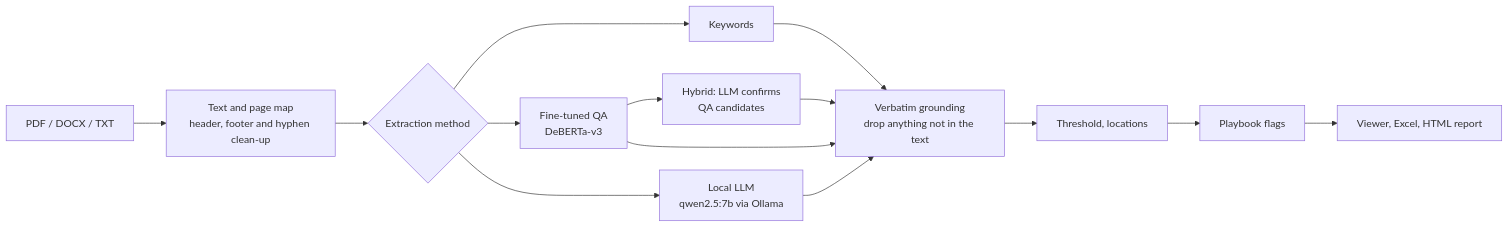
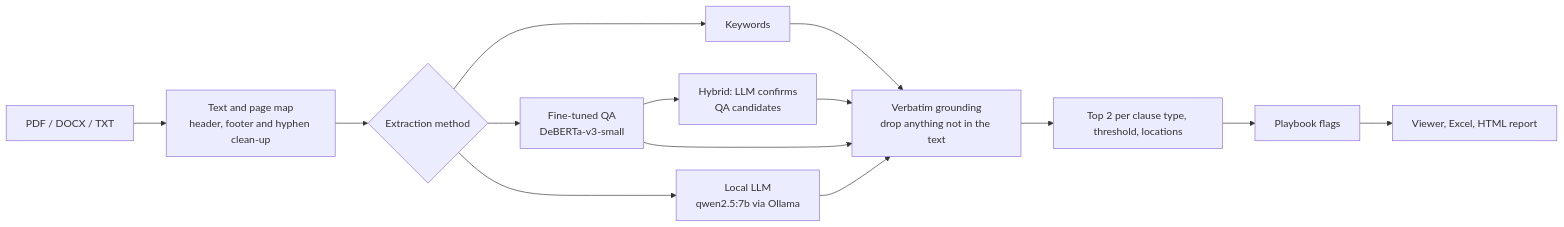
Before and after one commit to Lagatorase/clausescout: the diagram in README.md, drawn with Mermaid. The commit also changed other lines of this file, not shown here.

````diff
--- a/README.md
+++ b/README.md
@@ -40,13 +67,13 @@
 ```mermaid
 flowchart LR
     A[PDF / DOCX / TXT] --> B[Text and page map<br/>header, footer and hyphen clean-up]
     B --> C{Extraction method}
     C --> C1[Keywords]
-    C --> C2[Fine-tuned QA<br/>DeBERTa-v3]
+    C --> C2[Fine-tuned QA<br/>DeBERTa-v3-small]
     C --> C3[Local LLM<br/>qwen2.5:7b via Ollama]
     C2 --> C4[Hybrid: LLM confirms<br/>QA candidates]
     C1 & C2 & C3 & C4 --> D[Verbatim grounding<br/>drop anything not in the text]
-    D --> E[Threshold, locations]
+    D --> E[Top 2 per clause type, threshold, locations]
     E --> F[Playbook flags]
     F --> G[Viewer, Excel, HTML report]
 ```
````
